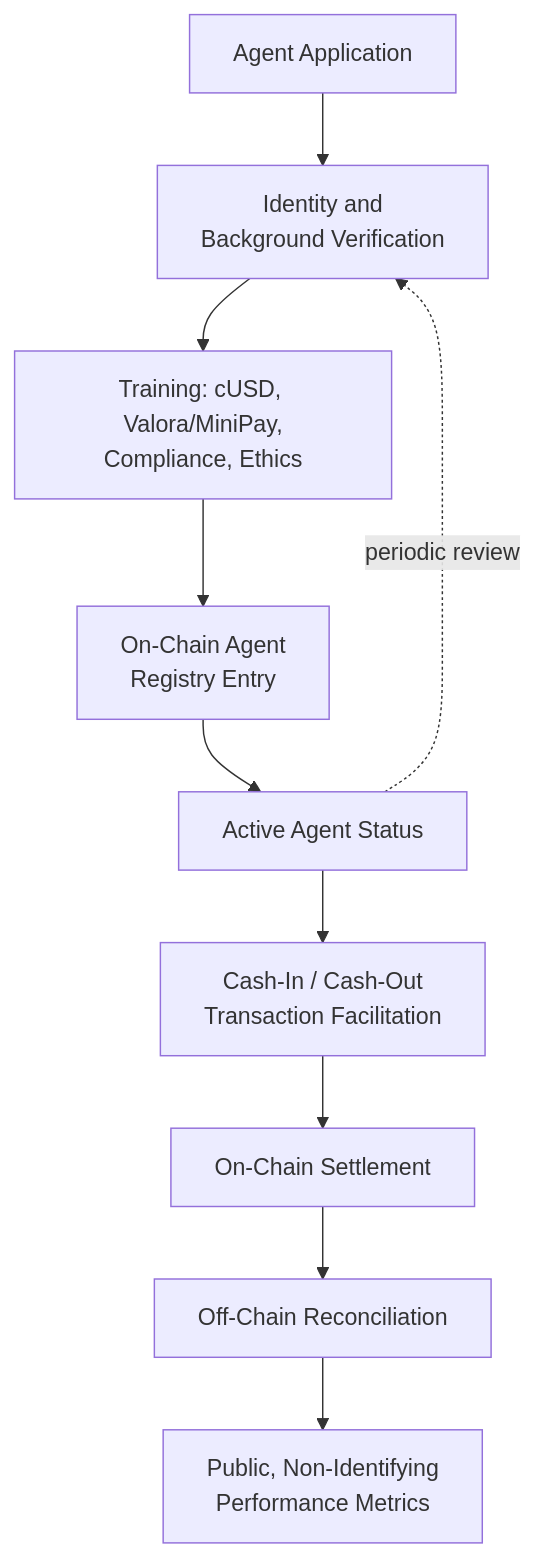
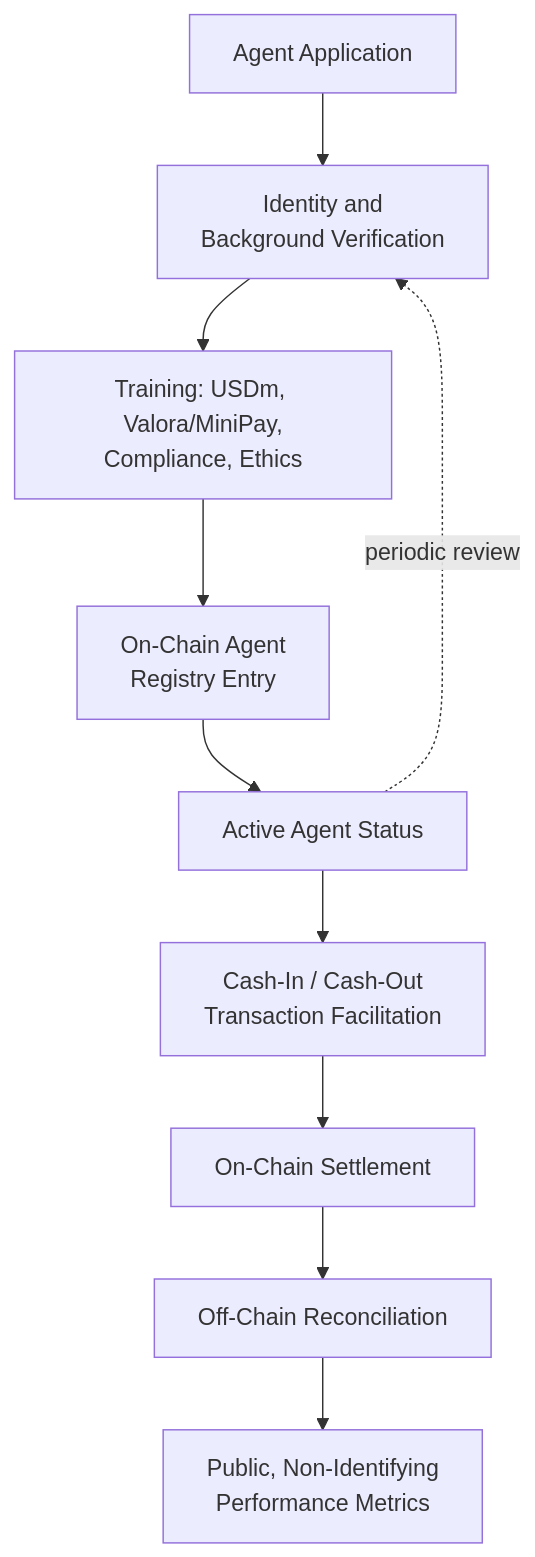
The second of 21 diagrams in WHITEPAPER.md (Celo-HaiTi/CeloHT), drawn with Mermaid before and after one commit. The commit also changed other lines of this file and 46 other files, not shown here.

Commit message:
Migrate cUSD terminology to USDm

````diff
--- a/WHITEPAPER.md
+++ b/WHITEPAPER.md
@@ -267,12 +267,12 @@
 ```mermaid
 flowchart TD
     A[Agent Application] --> B[Identity and<br/>Background Verification]
-    B --> C[Training: cUSD, Valora/MiniPay,<br/>Compliance, Ethics]
+    B --> C[Training: USDm, Valora/MiniPay,<br/>Compliance, Ethics]
     C --> D[On-Chain Agent<br/>Registry Entry]
     D --> E[Active Agent Status]
     E --> F[Cash-In / Cash-Out<br/>Transaction Facilitation]
     F --> G[On-Chain Settlement]
     G --> H[Off-Chain Reconciliation]
     H --> I[Public, Non-Identifying<br/>Performance Metrics]
     E -.periodic review.-> B
 ```
````
